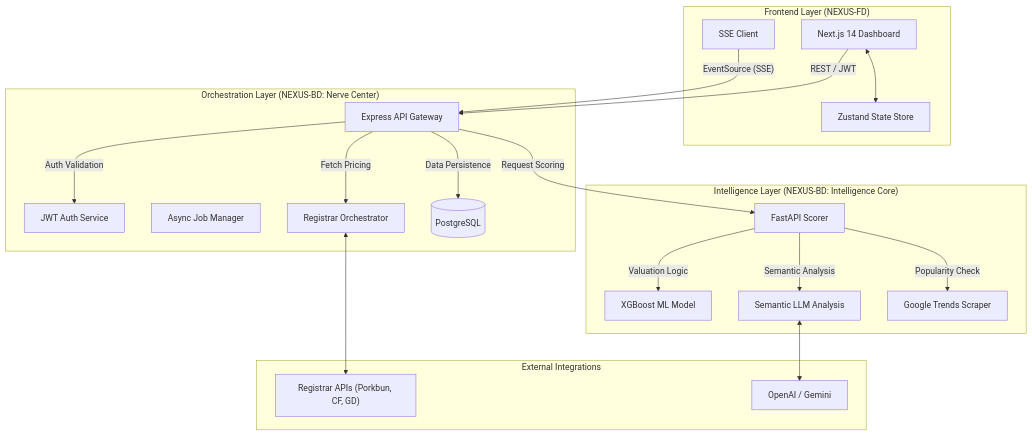
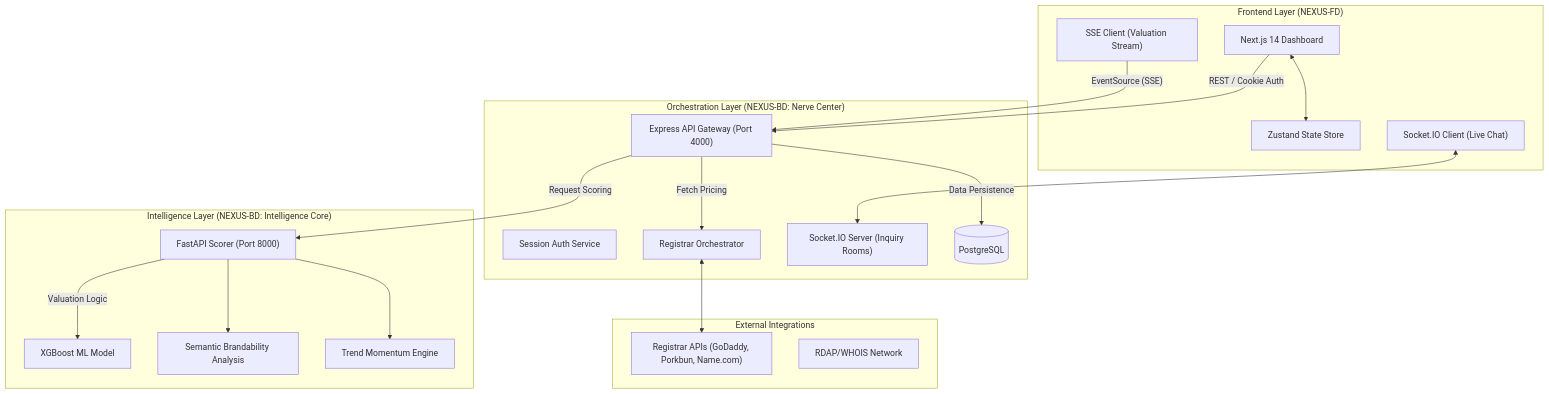
One commit to electron000/NEXUS changed the first of 4 diagrams in DOCUMENTATION.md. Above: the diagram before and after it, drawn with Mermaid. The commit also changed other lines of this file and 52 other files, not shown here.

````diff
--- a/DOCUMENTATION.md
+++ b/DOCUMENTATION.md
@@ -11,44 +11,43 @@
 ```mermaid
 graph TD
     subgraph "Frontend Layer (NEXUS-FD)"
         UI["Next.js 14 Dashboard"]
         State["Zustand State Store"]
-        SSE_Listener["SSE Client"]
+        SSE_Listener["SSE Client (Valuation Stream)"]
+        WS_Client["Socket.IO Client (Live Chat)"]
     end
 
     subgraph "Orchestration Layer (NEXUS-BD: Nerve Center)"
-        API_GW["Express API Gateway"]
-        Auth["JWT Auth Service"]
-        Job_Manager["Async Job Manager"]
+        API_GW["Express API Gateway (Port 4000)"]
+        Auth["Session Auth Service"]
         Registrar_Proxy["Registrar Orchestrator"]
+        WS_Server["Socket.IO Server (Inquiry Rooms)"]
         DB[(PostgreSQL)]
     end
 
     subgraph "Intelligence Layer (NEXUS-BD: Intelligence Core)"
-        FastAPI["FastAPI Scorer"]
+        FastAPI["FastAPI Scorer (Port 8000)"]
         XGBoost["XGBoost ML Model"]
-        LLM["Semantic LLM Analysis"]
-        Trend_Scraper["Google Trends Scraper"]
+        LLM["Semantic Brandability Analysis"]
+        Trend_Logic["Trend Momentum Engine"]
     end
 
     subgraph "External Integrations"
-        Registrars["Registrar APIs (Porkbun, CF, GD)"]
-        OpenAI["OpenAI / Gemini"]
+        Registrars["Registrar APIs (GoDaddy, Porkbun, Name.com)"]
+        RDAP["RDAP/WHOIS Network"]
     end
 
-    %% Connections
     UI <--> State
-    UI -- "REST / JWT" --> API_GW
+    UI -- "REST / Cookie Auth" --> API_GW
     SSE_Listener -- "EventSource (SSE)" --> API_GW
-    
-    API_GW -- "Auth Validation" --> Auth
+    WS_Client <--> WS_Server
+
     API_GW -- "Data Persistence" --> DB
     API_GW -- "Fetch Pricing" --> Registrar_Proxy
     Registrar_Proxy <--> Registrars
-    
+
     API_GW -- "Request Scoring" --> FastAPI
     FastAPI -- "Valuation Logic" --> XGBoost
-    FastAPI -- "Semantic Analysis" --> LLM
-    LLM <--> OpenAI
-    FastAPI -- "Popularity Check" --> Trend_Scraper
+    FastAPI --> LLM
+    FastAPI --> Trend_Logic
 ```
````
